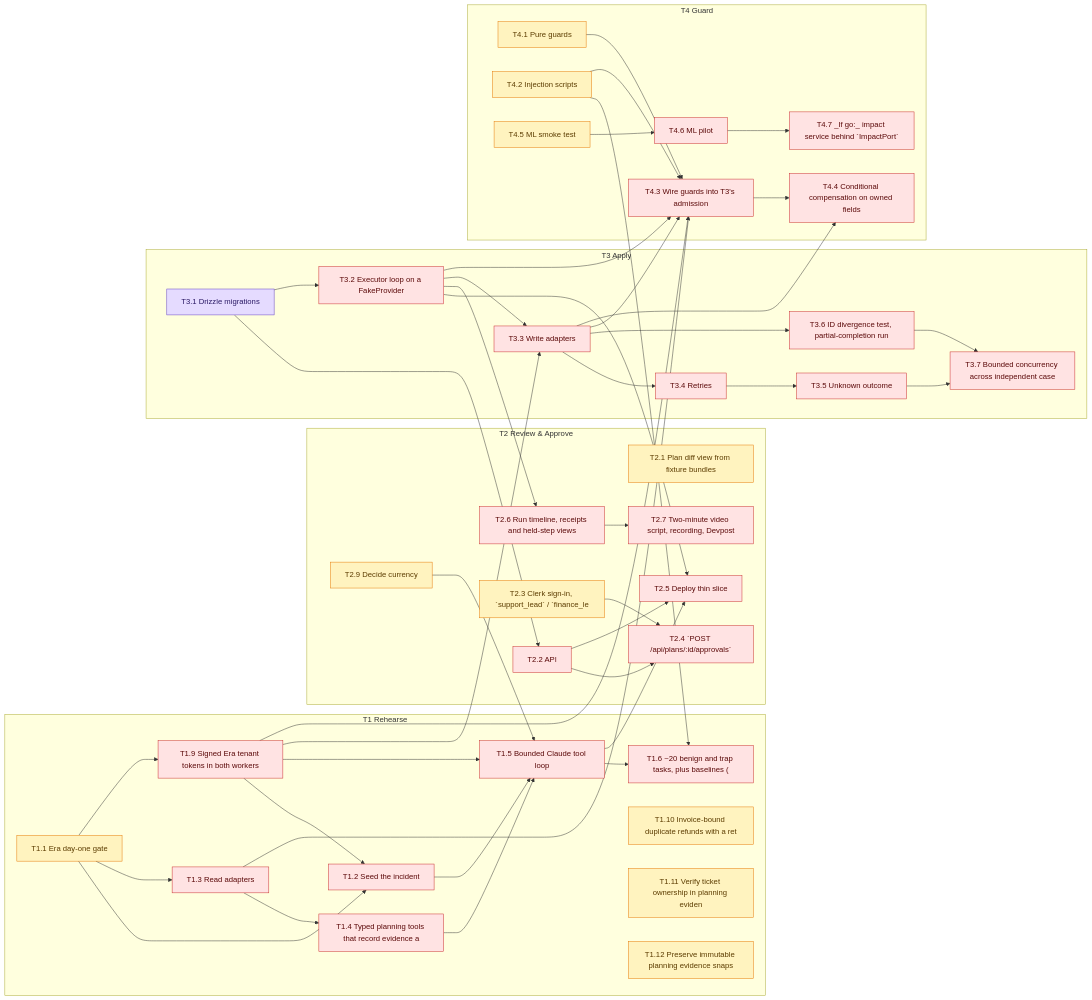
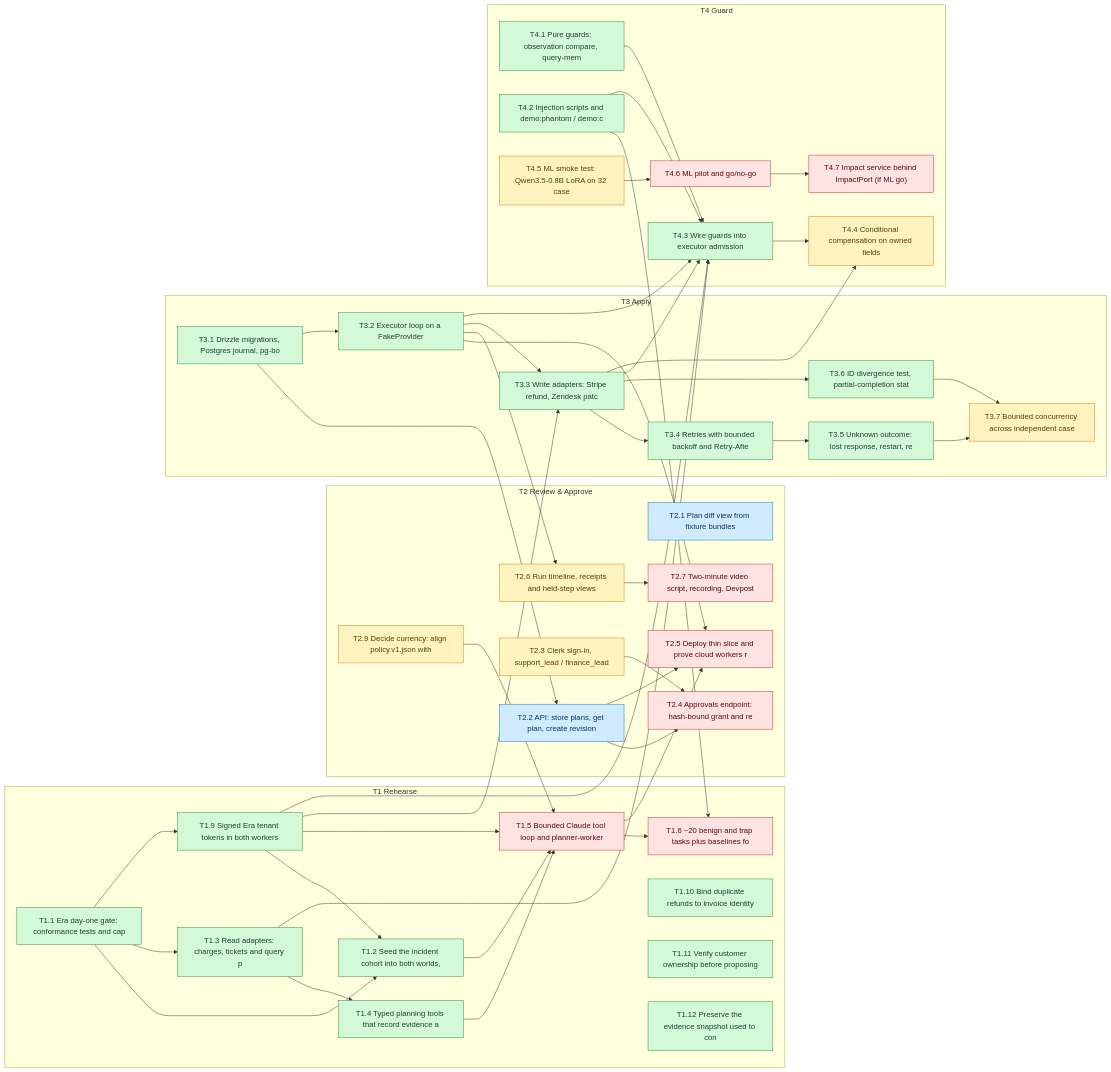
Before and after one commit to SoroushRF/Rehearsal: the diagram in BLOCKERS.md, drawn with Mermaid. The commit also changed other lines of this file, not shown here.

```diff
--- a/BLOCKERS.md
+++ b/BLOCKERS.md
@@ -92,44 +92,44 @@
   classDef ready fill:#fff3bf,stroke:#e67700,color:#5c3c00
   classDef blocked fill:#ffe3e3,stroke:#c92a2a,color:#5c0a0a
   subgraph T1[T1 Rehearse]
-    T1_1["T1.1 Era day-one gate"]:::ready
-    T1_2["T1.2 Seed the incident"]:::blocked
-    T1_3["T1.3 Read adapters"]:::blocked
-    T1_4["T1.4 Typed planning tools that record evidence a"]:::blocked
-    T1_5["T1.5 Bounded Claude tool loop"]:::blocked
-    T1_6["T1.6 ~20 benign and trap tasks, plus baselines ("]:::blocked
-    T1_9["T1.9 Signed Era tenant tokens in both workers"]:::blocked
-    T1_10["T1.10 Invoice-bound duplicate refunds with a ret"]:::ready
-    T1_11["T1.11 Verify ticket ownership in planning eviden"]:::ready
-    T1_12["T1.12 Preserve immutable planning evidence snaps"]:::ready
+    T1_1["T1.1 Era day-one gate: conformance tests and cap"]:::done
+    T1_2["T1.2 Seed the incident cohort into both worlds, "]:::done
+    T1_3["T1.3 Read adapters: charges, tickets and query p"]:::done
+    T1_4["T1.4 Typed planning tools that record evidence a"]:::done
+    T1_5["T1.5 Bounded Claude tool loop and planner-worker"]:::blocked
+    T1_6["T1.6 ~20 benign and trap tasks plus baselines fo"]:::blocked
+    T1_9["T1.9 Signed Era tenant tokens in both workers"]:::done
+    T1_10["T1.10 Bind duplicate refunds to invoice identity"]:::done
+    T1_11["T1.11 Verify customer ownership before proposing"]:::done
+    T1_12["T1.12 Preserve the evidence snapshot used to con"]:::done
   end
   subgraph T2[T2 Review & Approve]
-    T2_1["T2.1 Plan diff view from fixture bundles"]:::ready
-    T2_2["T2.2 API"]:::blocked
-    T2_3["T2.3 Clerk sign-in, `support_lead` / `finance_le"]:::ready
-    T2_4["T2.4 `POST /api/plans/:id/approvals`"]:::blocked
-    T2_5["T2.5 Deploy thin slice"]:::blocked
-    T2_6["T2.6 Run timeline, receipts and held-step views "]:::blocked
+    T2_1["T2.1 Plan diff view from fixture bundles"]:::review
+    T2_2["T2.2 API: store plans, get plan, create revision"]:::review
+    T2_3["T2.3 Clerk sign-in, support_lead / finance_lead "]:::ready
+    T2_4["T2.4 Approvals endpoint: hash-bound grant and re"]:::blocked
+    T2_5["T2.5 Deploy thin slice and prove cloud workers r"]:::blocked
+    T2_6["T2.6 Run timeline, receipts and held-step views "]:::ready
     T2_7["T2.7 Two-minute video script, recording, Devpost"]:::blocked
-    T2_9["T2.9 Decide currency"]:::ready
+    T2_9["T2.9 Decide currency: align policy.v1.json with "]:::ready
   end
   subgraph T3[T3 Apply]
-    T3_1["T3.1 Drizzle migrations"]:::progress
-    T3_2["T3.2 Executor loop on a FakeProvider"]:::blocked
-    T3_3["T3.3 Write adapters"]:::blocked
-    T3_4["T3.4 Retries"]:::blocked
-    T3_5["T3.5 Unknown outcome"]:::blocked
-    T3_6["T3.6 ID divergence test, partial-completion run "]:::blocked
-    T3_7["T3.7 Bounded concurrency across independent case"]:::blocked
+    T3_1["T3.1 Drizzle migrations, Postgres journal, pg-bo"]:::done
+    T3_2["T3.2 Executor loop on a FakeProvider"]:::done
+    T3_3["T3.3 Write adapters: Stripe refund, Zendesk patc"]:::done
+    T3_4["T3.4 Retries with bounded backoff and Retry-Afte"]:::done
+    T3_5["T3.5 Unknown outcome: lost response, restart, re"]:::done
+    T3_6["T3.6 ID divergence test, partial-completion stat"]:::done
+    T3_7["T3.7 Bounded concurrency across independent case"]:::ready
   end
   subgraph T4[T4 Guard]
-    T4_1["T4.1 Pure guards"]:::ready
-    T4_2["T4.2 Injection scripts"]:::ready
-    T4_3["T4.3 Wire guards into T3's admission"]:::blocked
-    T4_4["T4.4 Conditional compensation on owned fields"]:::blocked
-    T4_5["T4.5 ML smoke test"]:::ready
-    T4_6["T4.6 ML pilot"]:::blocked
-    T4_7["T4.7 _If go:_ impact service behind `ImpactPort`"]:::blocked
+    T4_1["T4.1 Pure guards: observation compare, query-mem"]:::done
+    T4_2["T4.2 Injection scripts and demo:phantom / demo:c"]:::done
+    T4_3["T4.3 Wire guards into executor admission"]:::done
+    T4_4["T4.4 Conditional compensation on owned fields"]:::ready
+    T4_5["T4.5 ML smoke test: Qwen3.5-0.8B LoRA on 32 case"]:::ready
+    T4_6["T4.6 ML pilot and go/no-go"]:::blocked
+    T4_7["T4.7 Impact service behind ImpactPort (if ML go)"]:::blocked
   end
   T1_1 --> T1_2
   T1_9 --> T1_2
```
